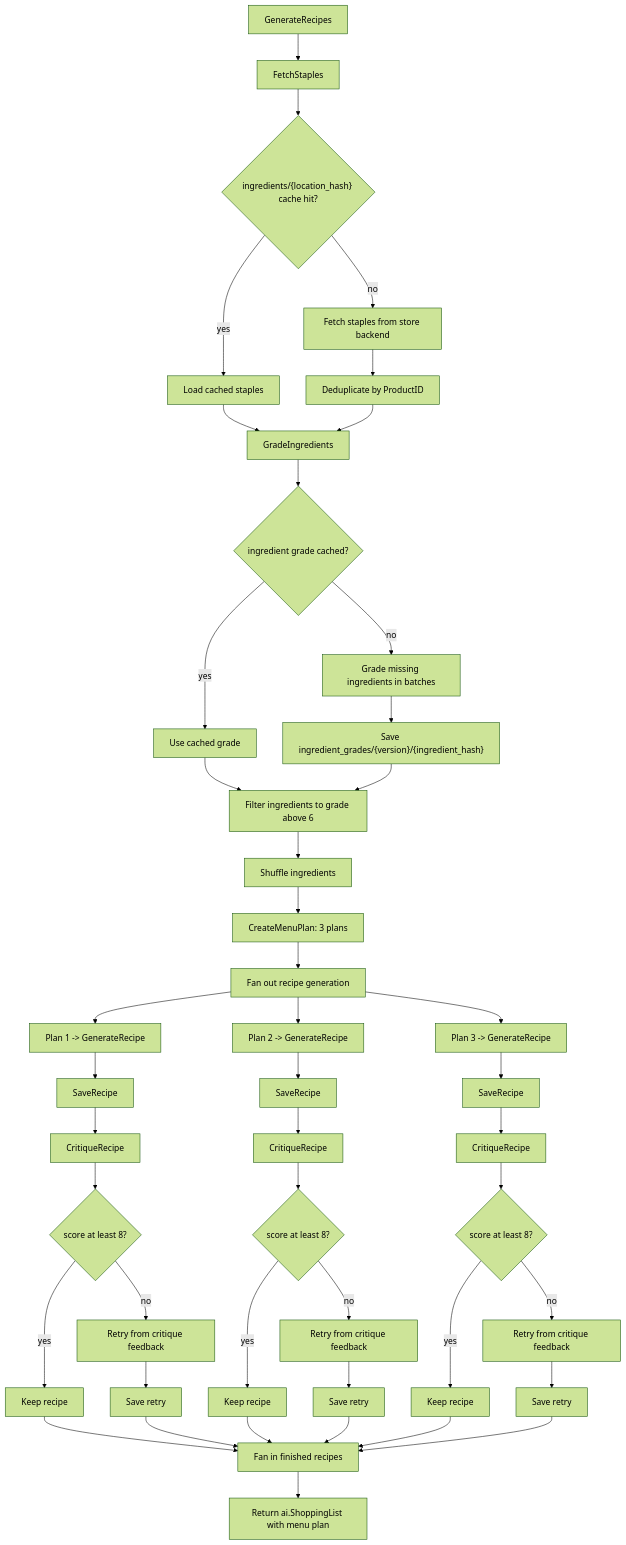
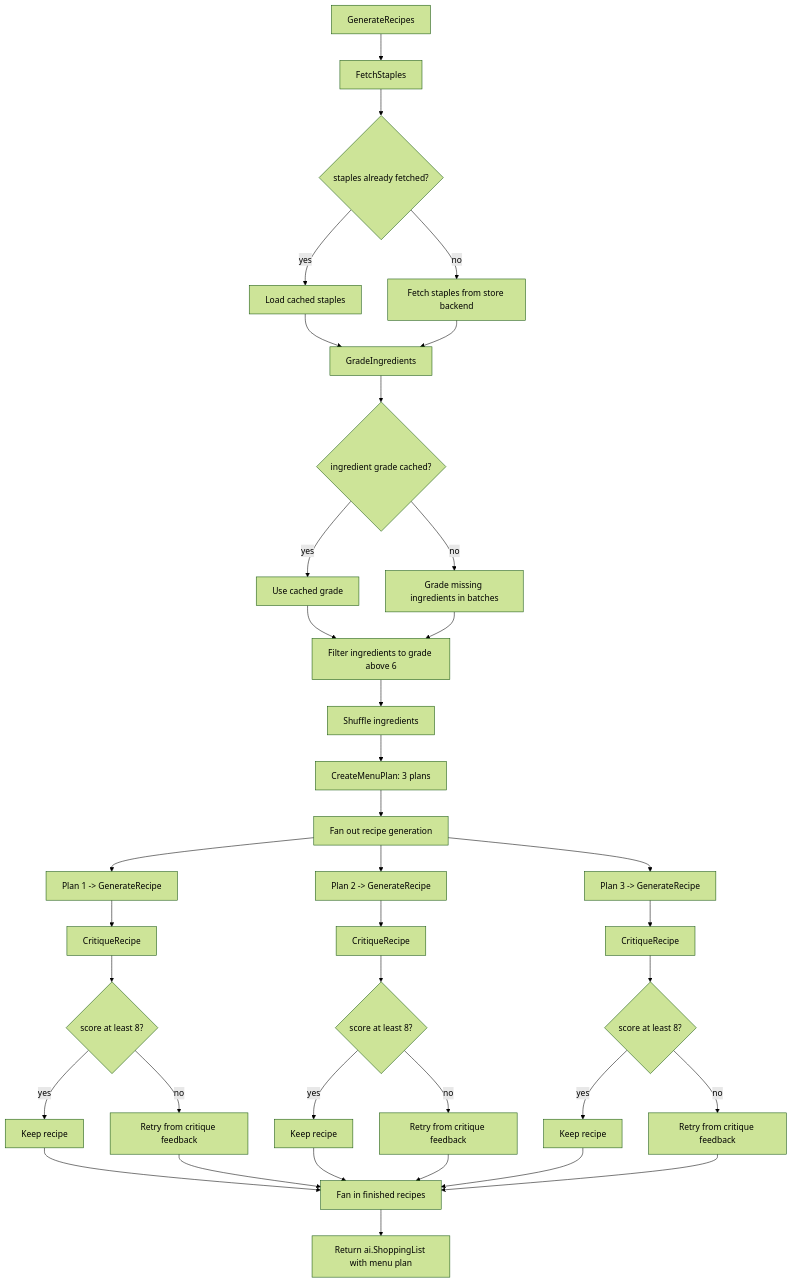
The diagram in docs/recipe-generation-walkthrough.md (paulgmiller/careme), drawn with Mermaid (forest theme) before and after one commit. The commit also changed other lines of this file, not shown here.

Commit message:
simplify down more

````diff
--- a/docs/recipe-generation-walkthrough.md
+++ b/docs/recipe-generation-walkthrough.md
@@ -9,58 +7,48 @@
 ```mermaid
 flowchart TD
     A["GenerateRecipes"] --> B["FetchStaples"]
-    B --> C{"ingredients/{location_hash} cache hit?"}
+    B --> C{"staples already fetched?"}
     C -- "yes" --> D["Load cached staples"]
     C -- "no" --> E["Fetch staples from store backend"]
-    E --> F["Deduplicate by ProductID"]
-    F --> G["GradeIngredients"]
+    E --> G["GradeIngredients"]
     D --> G
 
     G --> H{"ingredient grade cached?"}
     H -- "yes" --> I["Use cached grade"]
     H -- "no" --> J["Grade missing ingredients in batches"]
-    J --> K["Save ingredient_grades/{version}/{ingredient_hash}"]
     I --> L["Filter ingredients to grade above 6"]
-    K --> L
+    J --> L
 
     L --> M["Shuffle ingredients"]
     M --> N["CreateMenuPlan: 3 plans"]
     N --> O["Fan out recipe generation"]
 
     O --> P1["Plan 1 -> GenerateRecipe"]
     O --> P2["Plan 2 -> GenerateRecipe"]
     O --> P3["Plan 3 -> GenerateRecipe"]
 
-    P1 --> Q1["SaveRecipe"]
-    P2 --> Q2["SaveRecipe"]
-    P3 --> Q3["SaveRecipe"]
-
-    Q1 --> R1["CritiqueRecipe"]
-    Q2 --> R2["CritiqueRecipe"]
-    Q3 --> R3["CritiqueRecipe"]
+    P1 --> R1["CritiqueRecipe"]
+    P2 --> R2["CritiqueRecipe"]
+    P3 --> R3["CritiqueRecipe"]
 
     R1 --> S1{"score at least 8?"}
     R2 --> S2{"score at least 8?"}
     R3 --> S3{"score at least 8?"}
 
     S1 -- "yes" --> T1["Keep recipe"]
     S2 -- "yes" --> T2["Keep recipe"]
     S3 -- "yes" --> T3["Keep recipe"]
 
     S1 -- "no" --> U1["Retry from critique feedback"]
     S2 -- "no" --> U2["Retry from critique feedback"]
     S3 -- "no" --> U3["Retry from critique feedback"]
 
-    U1 --> V1["Save retry"]
-    U2 --> V2["Save retry"]
-    U3 --> V3["Save retry"]
-
     T1 --> W["Fan in finished recipes"]
     T2 --> W
     T3 --> W
-    V1 --> W
-    V2 --> W
-    V3 --> W
+    U1 --> W
+    U2 --> W
+    U3 --> W
 
     W --> X["Return ai.ShoppingList with menu plan"]
 ```
````
